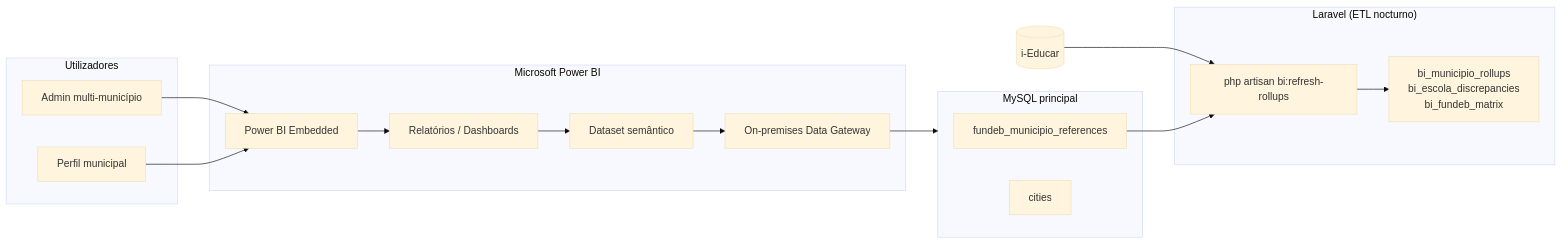
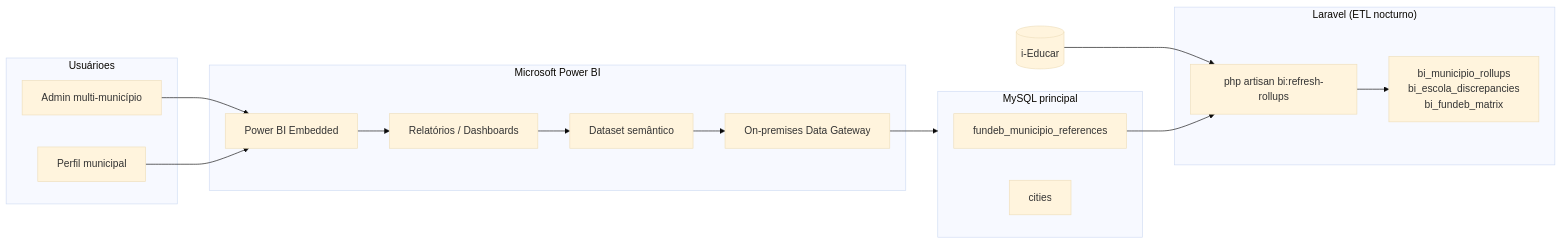
The second of 5 diagrams in docs/POWERBI.md (JaderGabriel/serventec-servlitcys), drawn with Mermaid (base theme) before and after one commit. The commit also changed other lines of this file and 206 other files, not shown here.

````diff
--- a/docs/POWERBI.md
+++ b/docs/POWERBI.md
@@ -148,35 +148,35 @@
 ```mermaid
 flowchart LR
     subgraph ETL["Laravel (ETL nocturno)"]
         Cmd["php artisan bi:refresh-rollups"]
         Rollups["bi_municipio_rollups<br/>bi_escola_discrepancies<br/>bi_fundeb_matrix"]
     end
 
     subgraph MySQL["MySQL principal"]
         Rollups
         Ref[fundeb_municipio_references]
         Cities[cities]
     end
 
     subgraph PBI["Microsoft Power BI"]
         GW[On-premises Data Gateway]
         DS[Dataset semântico]
         RPT[Relatórios / Dashboards]
         Emb[Power BI Embedded]
     end
 
-    subgraph Users["Utilizadores"]
+    subgraph Users["Usuárioes"]
         Admin[Admin multi-município]
         Municipal[Perfil municipal]
     end
 
     Ieducar[(i-Educar)] --> Cmd
     Ref --> Cmd
     Cmd --> Rollups
     GW --> MySQL
     DS --> GW
     RPT --> DS
     Emb --> RPT
     Admin --> Emb
     Municipal --> Emb
 ```
````
